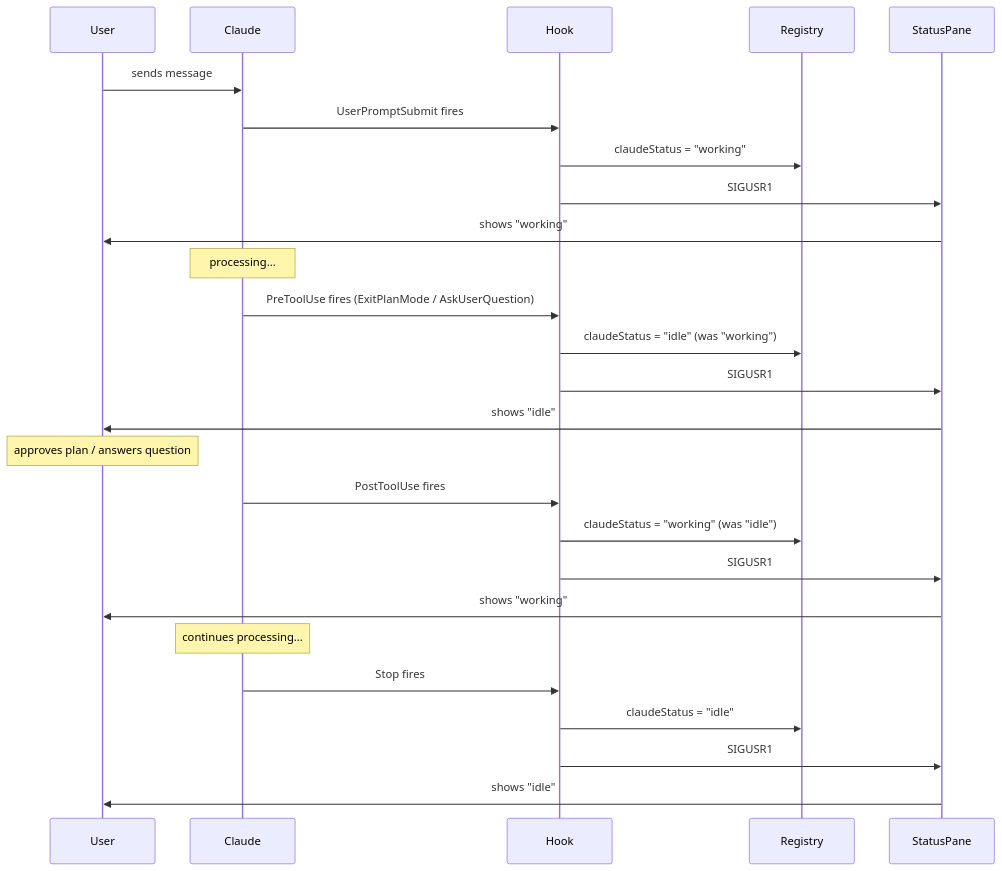
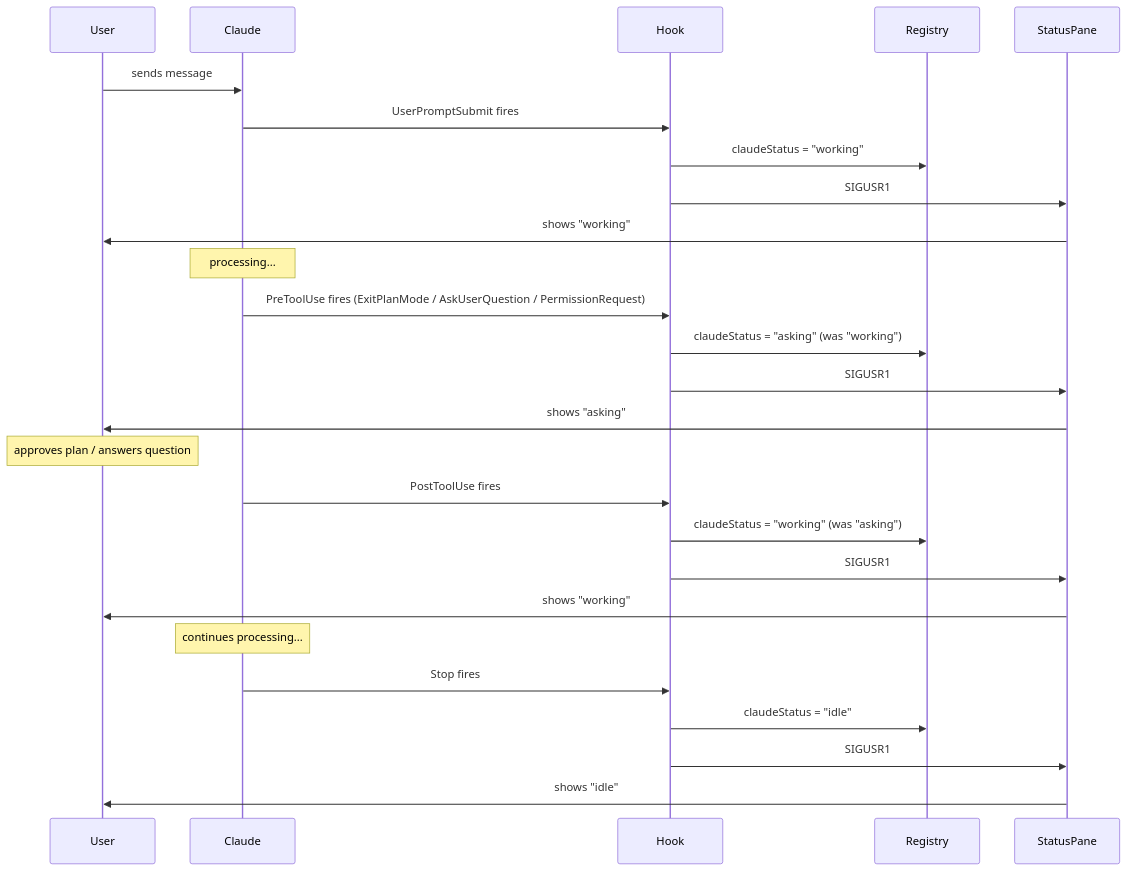
Before and after one commit to keychanger/garden: the fourth of 4 diagrams in src/dashboard/STATUS.md, drawn with Mermaid. The commit also changed other lines of this file and 8 other files, not shown here.

First line of the commit message:
feat: surface asking state in status pane, fix alert log level

````diff
--- a/src/dashboard/STATUS.md
+++ b/src/dashboard/STATUS.md
@@ -387,35 +402,35 @@
 ```mermaid
 sequenceDiagram
     participant User
     participant Claude
     participant Hook
     participant Registry
     participant StatusPane
 
     User->>Claude: sends message
     Claude->>Hook: UserPromptSubmit fires
     Hook->>Registry: claudeStatus = "working"
     Hook->>StatusPane: SIGUSR1
     StatusPane->>User: shows "working"
 
     Note over Claude: processing...
 
-    Claude->>Hook: PreToolUse fires (ExitPlanMode / AskUserQuestion)
-    Hook->>Registry: claudeStatus = "idle" (was "working")
+    Claude->>Hook: PreToolUse fires (ExitPlanMode / AskUserQuestion / PermissionRequest)
+    Hook->>Registry: claudeStatus = "asking" (was "working")
     Hook->>StatusPane: SIGUSR1
-    StatusPane->>User: shows "idle"
+    StatusPane->>User: shows "asking"
 
     Note over User: approves plan / answers question
 
     Claude->>Hook: PostToolUse fires
-    Hook->>Registry: claudeStatus = "working" (was "idle")
+    Hook->>Registry: claudeStatus = "working" (was "asking")
     Hook->>StatusPane: SIGUSR1
     StatusPane->>User: shows "working"
 
     Note over Claude: continues processing...
 
     Claude->>Hook: Stop fires
     Hook->>Registry: claudeStatus = "idle"
     Hook->>StatusPane: SIGUSR1
     StatusPane->>User: shows "idle"
 ```
````
